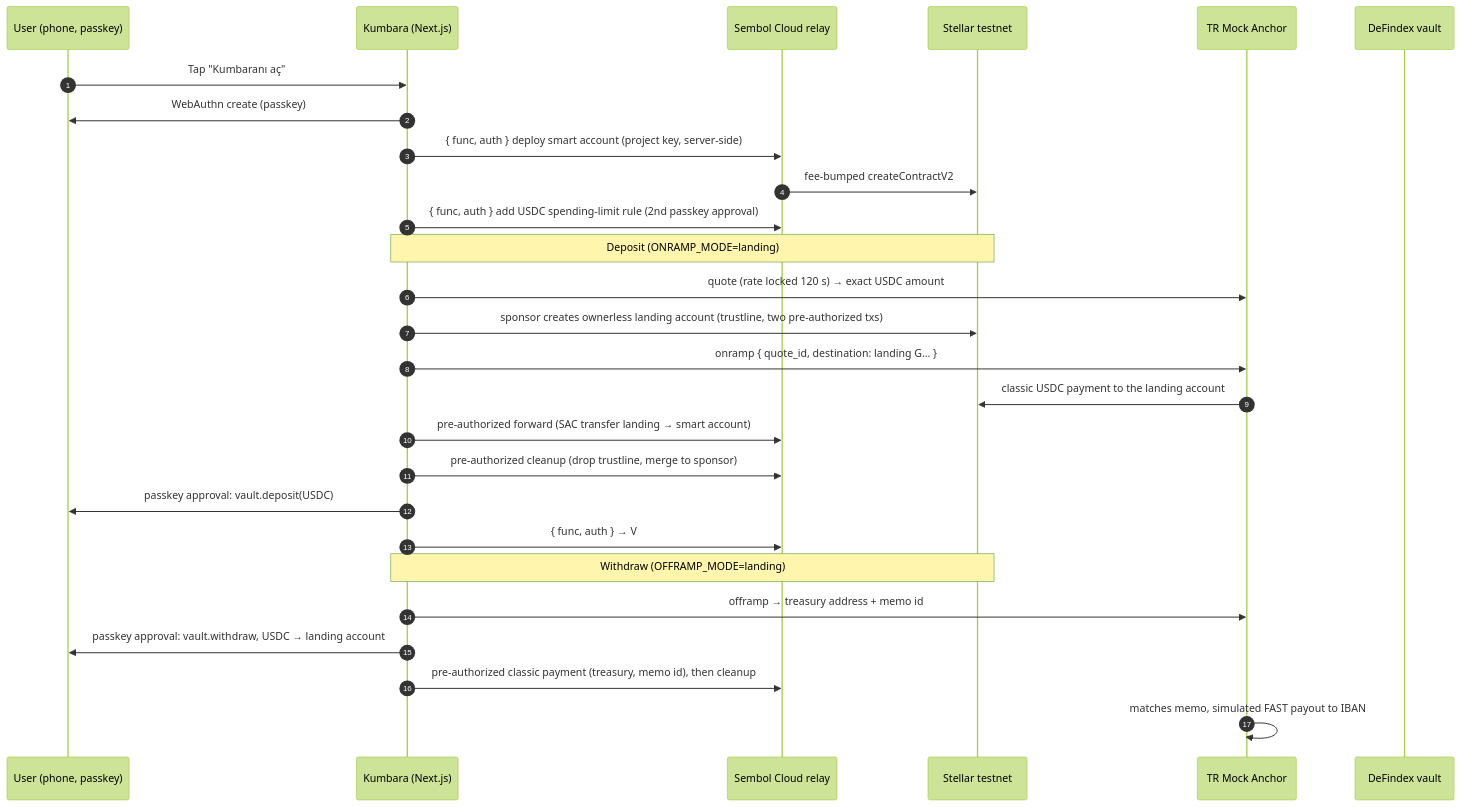
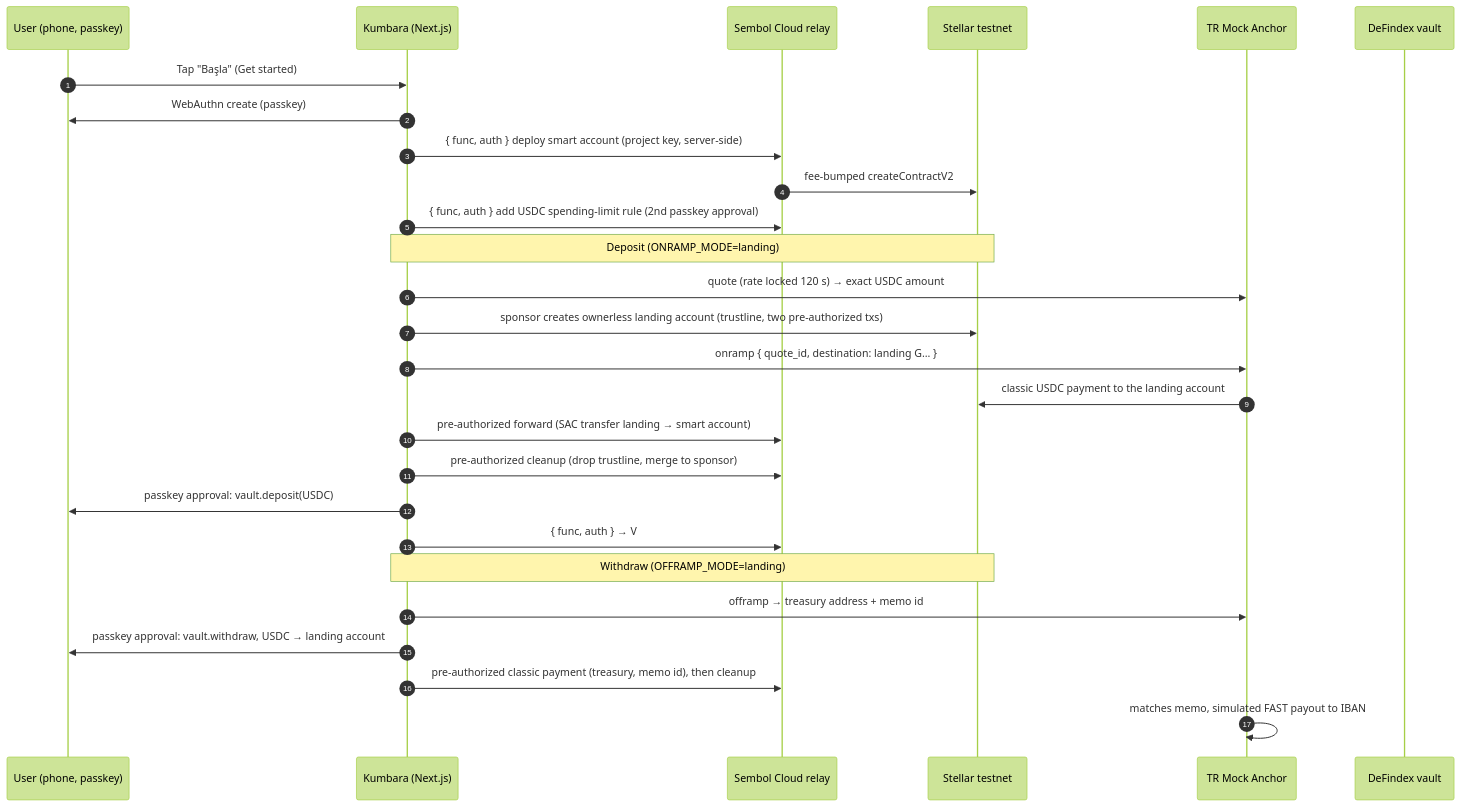
The diagram in README.md (keyboord01/kumbara), drawn with Mermaid (forest theme) before and after one commit. The commit also changed 27 other files, not shown here.

````diff
--- a/README.md
+++ b/README.md
@@ -25,30 +25,30 @@
 ```mermaid
 sequenceDiagram
   autonumber
   participant U as User (phone, passkey)
   participant K as Kumbara (Next.js)
   participant R as Sembol Cloud relay
   participant S as Stellar testnet
   participant A as TR Mock Anchor
   participant V as DeFindex vault
 
-  U->>K: Tap "Kumbaranı aç"
+  U->>K: Tap "Başla" (Get started)
   K->>U: WebAuthn create (passkey)
   K->>R: { func, auth } deploy smart account (project key, server-side)
   R->>S: fee-bumped createContractV2
   K->>R: { func, auth } add USDC spending-limit rule (2nd passkey approval)
   Note over K,S: Deposit (ONRAMP_MODE=landing)
   K->>A: quote (rate locked 120 s) → exact USDC amount
   K->>S: sponsor creates ownerless landing account (trustline, two pre-authorized txs)
   K->>A: onramp { quote_id, destination: landing G… }
   A->>S: classic USDC payment to the landing account
   K->>R: pre-authorized forward (SAC transfer landing → smart account)
   K->>R: pre-authorized cleanup (drop trustline, merge to sponsor)
   K->>U: passkey approval: vault.deposit(USDC)
   K->>R: { func, auth } → V
   Note over K,S: Withdraw (OFFRAMP_MODE=landing)
   K->>A: offramp → treasury address + memo id
   K->>U: passkey approval: vault.withdraw, USDC → landing account
   K->>R: pre-authorized classic payment (treasury, memo id), then cleanup
   A->>A: matches memo, simulated FAST payout to IBAN
 ```
````
